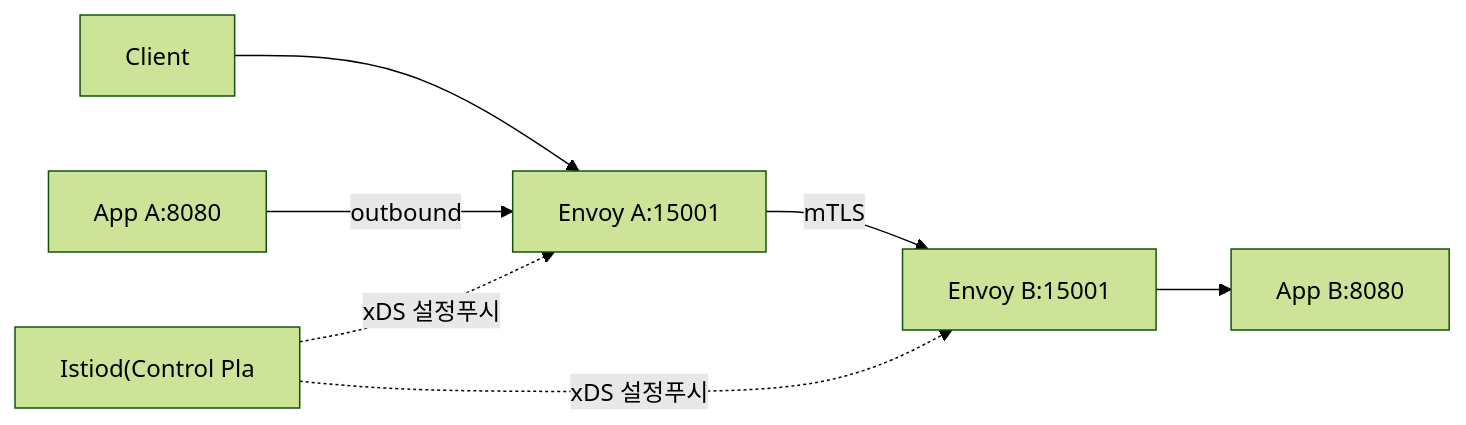
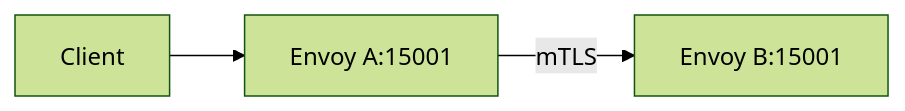
One commit to yjkim2015/yjkim2015.github.io changed the third of 7 diagrams in _posts/architecture/2026-05-02-sidecar-pattern.md. Above: the diagram before and after it, drawn with Mermaid (forest theme). The commit also changed other lines of this file and 132 other files, not shown here.

First line of the commit message:
Mermaid 다이어그램 가독성 정리: 단순 제거, 노드 축소, TD→LR 변환

````diff
--- a/_posts/architecture/2026-05-02-sidecar-pattern.md
+++ b/_posts/architecture/2026-05-02-sidecar-pattern.md
@@ -96,9 +96,5 @@
 ```mermaid
 graph LR
     Client --> EnvoyA["Envoy A:15001"]
     EnvoyA -- mTLS --> EnvoyB["Envoy B:15001"]
-    EnvoyB --> AppB["App B:8080"]
-    AppA["App A:8080"] -- outbound --> EnvoyA
-    CP["Istiod(Control Pla"] -. xDS 설정푸시 .-> EnvoyA
-    CP -. xDS 설정푸시 .-> EnvoyB
 ```
````
